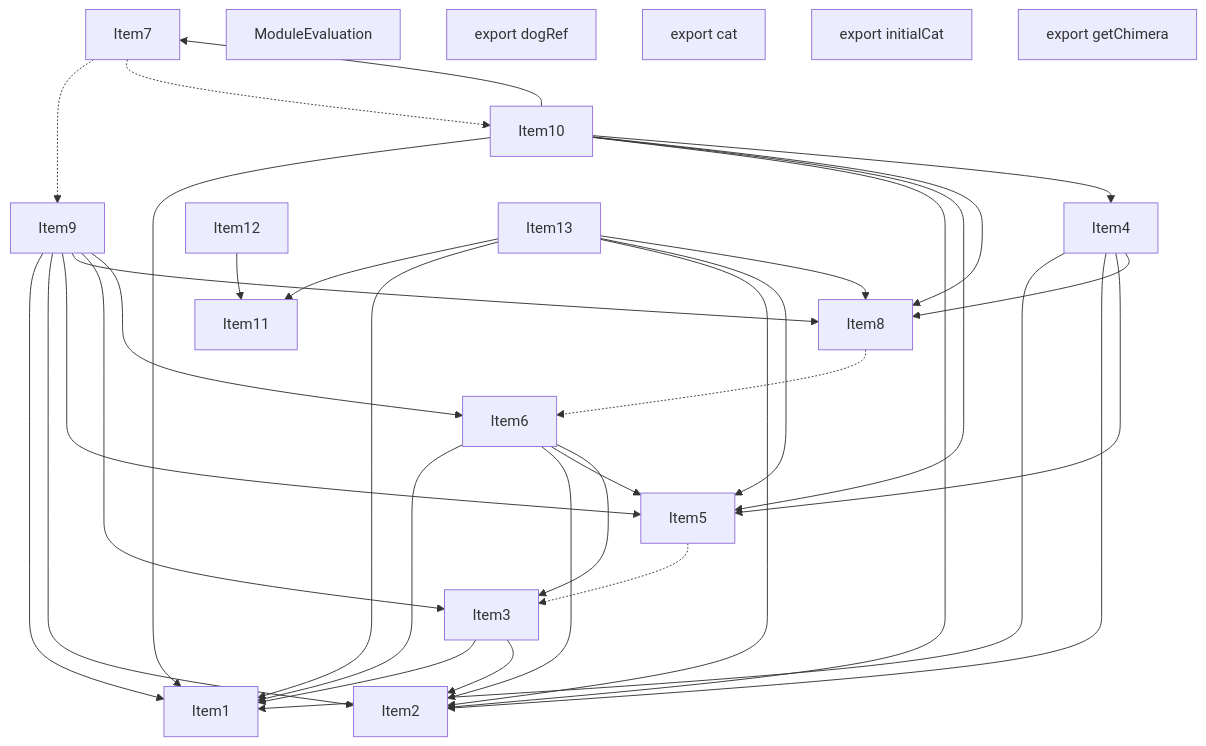
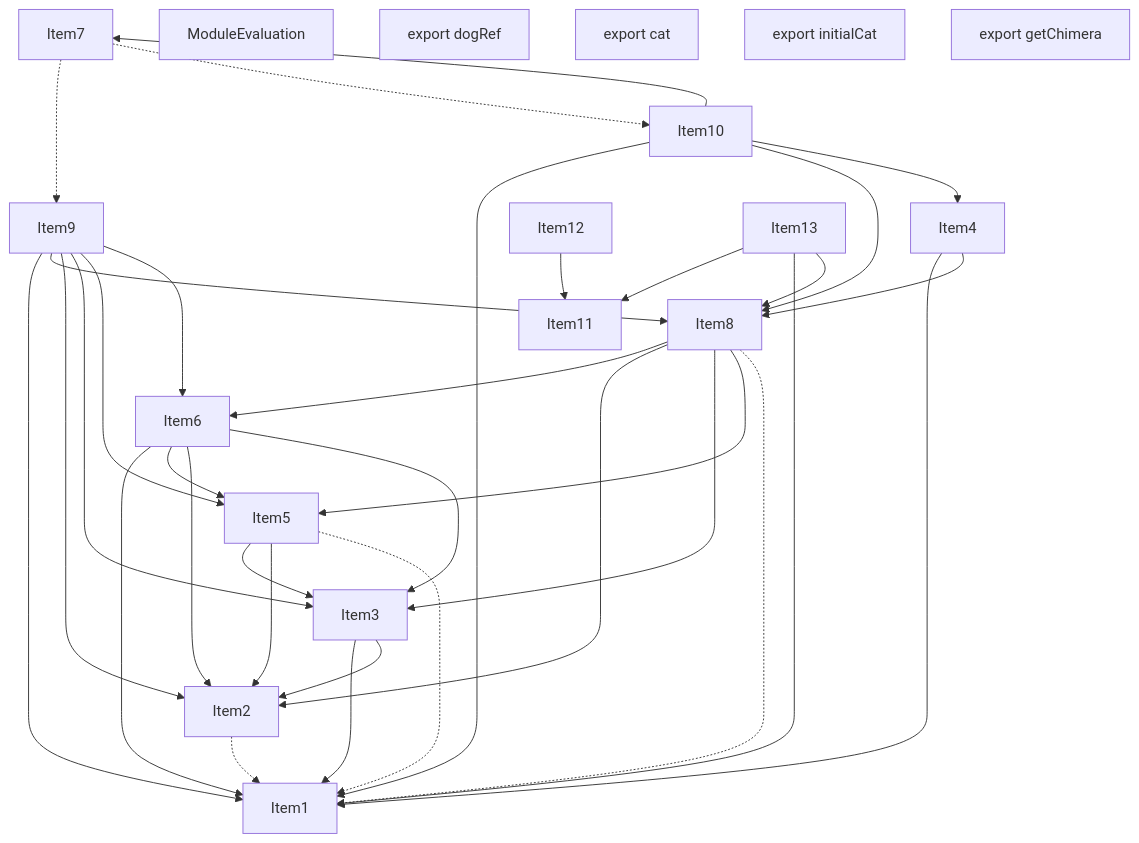
One commit to vercel/turborepo changed the third of 5 diagrams in crates/turbopack-ecmascript/tests/tree-shaker/analyzer/complex/output.md. Above: the diagram before and after it, drawn with Mermaid. The commit also changed other lines of this file and 3 other files, not shown here.

````diff
--- a/crates/turbopack-ecmascript/tests/tree-shaker/analyzer/complex/output.md
+++ b/crates/turbopack-ecmascript/tests/tree-shaker/analyzer/complex/output.md
@@ -226,58 +234,59 @@
 ```mermaid
 graph TD
     Item1;
     Item2;
     Item3;
     Item4;
     Item5;
     Item6;
     Item7;
     Item8;
     Item9;
     Item10;
     Item11;
     Item12;
     Item13;
     Item14;
     Item14["ModuleEvaluation"];
     Item15;
     Item15["export dogRef"];
     Item16;
     Item16["export cat"];
     Item17;
     Item17["export initialCat"];
     Item18;
     Item18["export getChimera"];
+    Item2 -.-> Item1;
     Item3 --> Item1;
     Item3 --> Item2;
-    Item5 -.-> Item3;
+    Item5 --> Item3;
+    Item5 --> Item2;
+    Item5 -.-> Item1;
     Item6 --> Item1;
+    Item6 --> Item5;
     Item6 --> Item2;
-    Item6 --> Item5;
     Item6 --> Item3;
-    Item8 -.-> Item6;
+    Item8 --> Item6;
+    Item8 --> Item2;
+    Item8 --> Item3;
+    Item8 --> Item5;
+    Item8 -.-> Item1;
     Item9 --> Item1;
+    Item9 --> Item8;
     Item9 --> Item2;
+    Item9 --> Item3;
     Item9 --> Item5;
-    Item9 --> Item8;
-    Item9 --> Item3;
     Item9 --> Item6;
     Item10 --> Item1;
-    Item10 --> Item2;
-    Item10 --> Item5;
     Item10 --> Item8;
     Item10 --> Item4;
     Item10 --> Item7;
     Item12 --> Item11;
     Item4 --> Item1;
-    Item4 --> Item2;
-    Item4 --> Item5;
     Item4 --> Item8;
     Item7 -.-> Item9;
     Item7 -.-> Item10;
     Item13 --> Item11;
     Item13 --> Item1;
-    Item13 --> Item2;
-    Item13 --> Item5;
     Item13 --> Item8;
 ```
````
